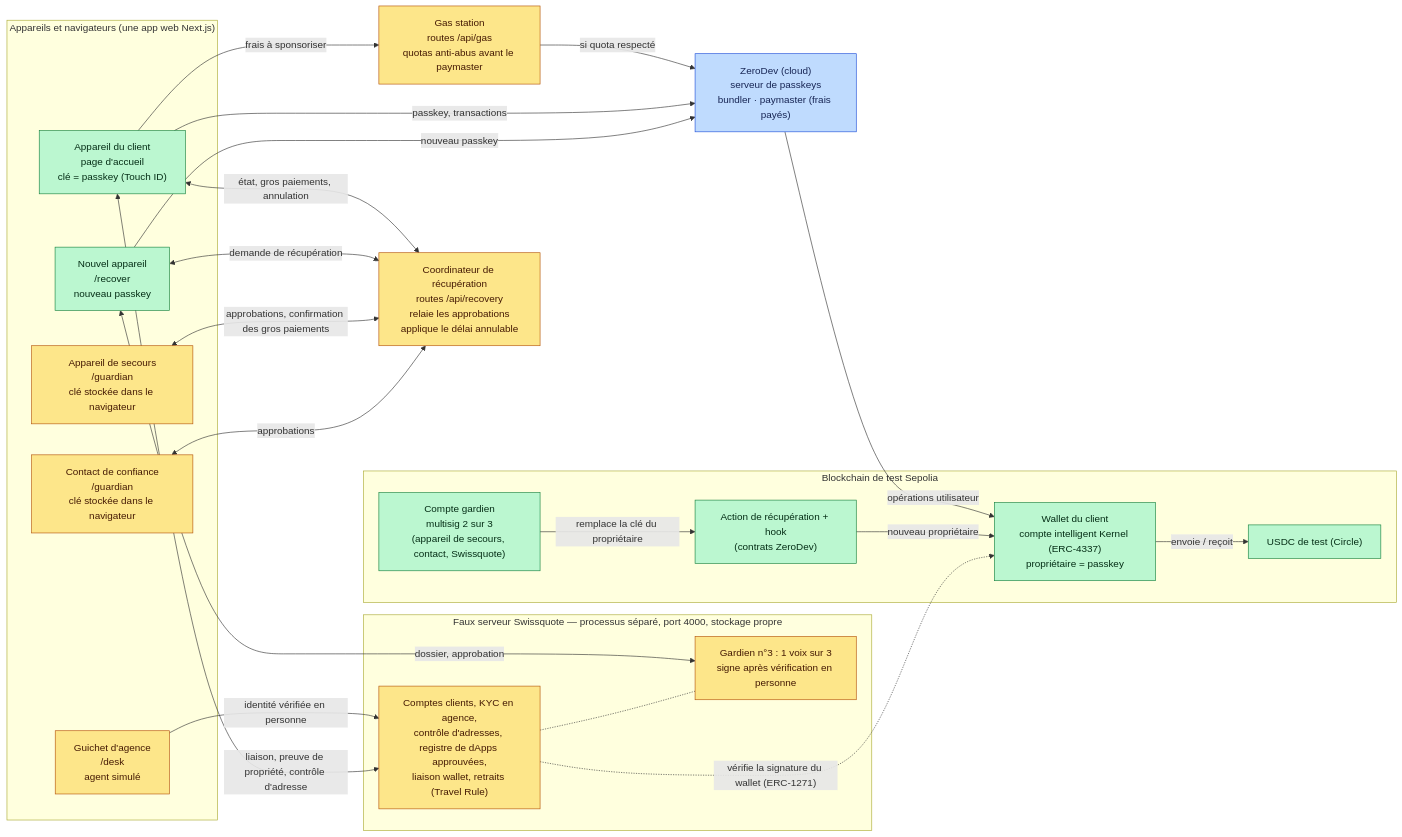
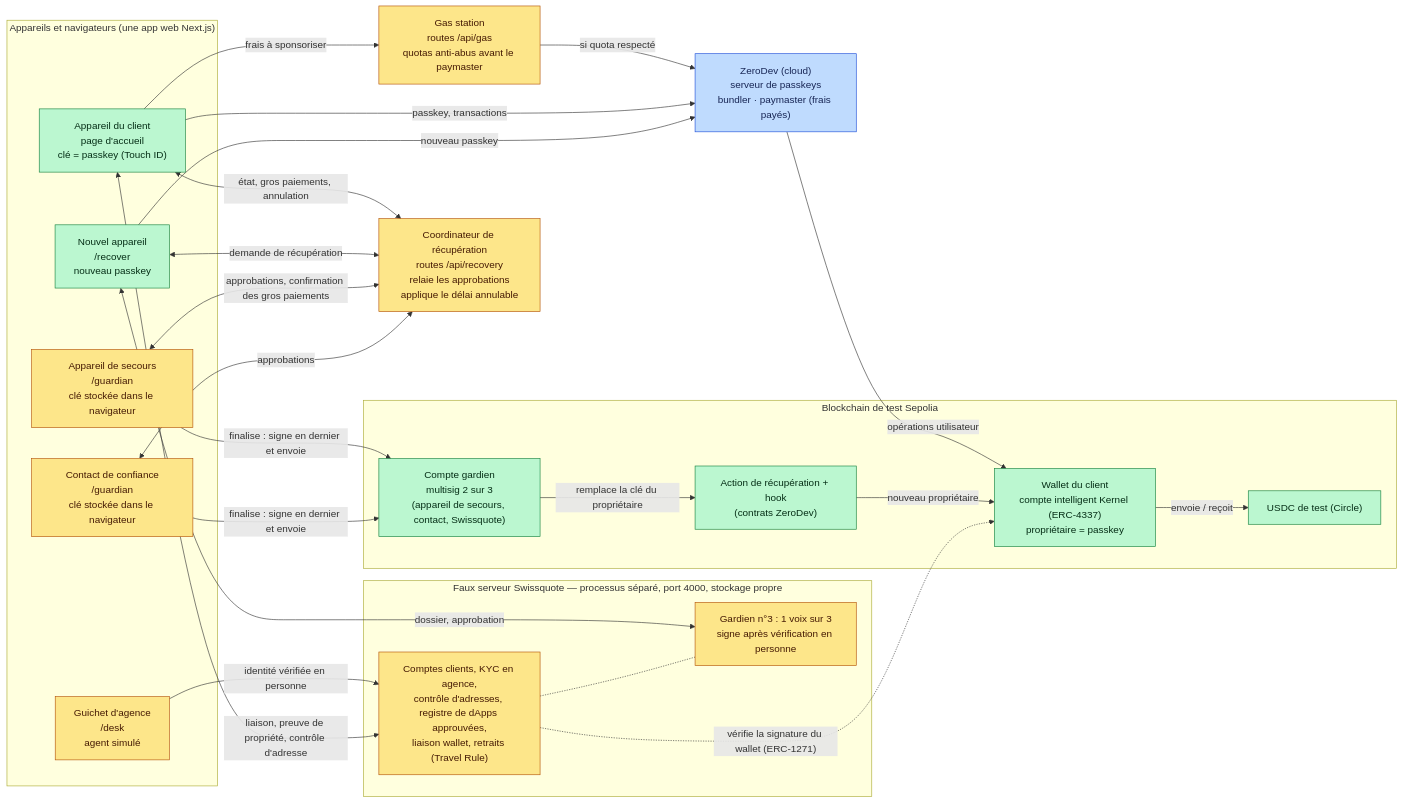
One commit to Moussa-dme/swissquote-wallet changed the second of 8 diagrams in docs/ARCHITECTURE.md. Above: the diagram before and after it, drawn with Mermaid. The commit also changed 1 other file, not shown here.

Commit message:
Schéma détaillé: relie les appareils des gardiens au compte gardien (finalisation)

````diff
--- a/docs/ARCHITECTURE.md
+++ b/docs/ARCHITECTURE.md
@@ -51,50 +51,52 @@
 ```mermaid
 flowchart LR
     classDef real fill:#bbf7d0,stroke:#15803d,color:#052e16
     classDef mock fill:#fde68a,stroke:#b45309,color:#451a03
     classDef ext fill:#bfdbfe,stroke:#1d4ed8,color:#172554
 
     subgraph DEV["Appareils et navigateurs (une app web Next.js)"]
         OWNER["Appareil du client<br/>page d'accueil<br/>clé = passkey (Touch ID)"]:::real
         NEWDEV["Nouvel appareil<br/>/recover<br/>nouveau passkey"]:::real
         BACKUP["Appareil de secours<br/>/guardian<br/>clé stockée dans le navigateur"]:::mock
         CONTACT["Contact de confiance<br/>/guardian<br/>clé stockée dans le navigateur"]:::mock
         DESK["Guichet d'agence<br/>/desk<br/>agent simulé"]:::mock
     end
 
     GAS["Gas station<br/>routes /api/gas<br/>quotas anti-abus avant le paymaster"]:::mock
 
     COORD["Coordinateur de récupération<br/>routes /api/recovery<br/>relaie les approbations<br/>applique le délai annulable"]:::mock
 
     subgraph SQ["Faux serveur Swissquote — processus séparé, port 4000, stockage propre"]
         SQG["Gardien n°3 : 1 voix sur 3<br/>signe après vérification en personne"]:::mock
         SQB["Comptes clients, KYC en agence,<br/>contrôle d'adresses, registre de dApps approuvées,<br/>liaison wallet, retraits (Travel Rule)"]:::mock
     end
 
     ZD["ZeroDev (cloud)<br/>serveur de passkeys<br/>bundler · paymaster (frais payés)"]:::ext
 
     subgraph CHAIN["Blockchain de test Sepolia"]
         ACCOUNT["Wallet du client<br/>compte intelligent Kernel (ERC-4337)<br/>propriétaire = passkey"]:::real
         GUARD["Compte gardien<br/>multisig 2 sur 3<br/>(appareil de secours, contact, Swissquote)"]:::real
         RECOV["Action de récupération + hook<br/>(contrats ZeroDev)"]:::real
         USDC["USDC de test (Circle)"]:::real
     end
 
     OWNER -->|"frais à sponsoriser"| GAS
     GAS -->|"si quota respecté"| ZD
     OWNER -->|"passkey, transactions"| ZD
     NEWDEV -->|"nouveau passkey"| ZD
     ZD -->|"opérations utilisateur"| ACCOUNT
     OWNER <-->|"état, gros paiements, annulation"| COORD
     NEWDEV <-->|"demande de récupération"| COORD
     BACKUP <-->|"approbations, confirmation des gros paiements"| COORD
     CONTACT <-->|"approbations"| COORD
     NEWDEV <-->|"dossier, approbation"| SQG
     DESK -->|"identité vérifiée en personne"| SQB
     OWNER <-->|"liaison, preuve de propriété, contrôle d'adresse"| SQB
     SQB -.- SQG
+    BACKUP -->|"finalise : signe en dernier et envoie"| GUARD
+    CONTACT -->|"finalise : signe en dernier et envoie"| GUARD
     GUARD -->|"remplace la clé du propriétaire"| RECOV
     RECOV -->|"nouveau propriétaire"| ACCOUNT
     ACCOUNT -->|"envoie / reçoit"| USDC
     SQB -.->|"vérifie la signature du wallet (ERC-1271)"| ACCOUNT
 ```
````
